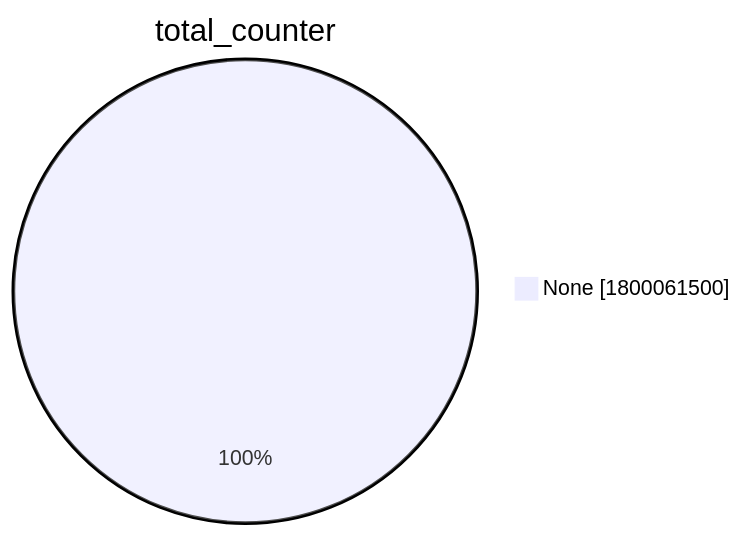
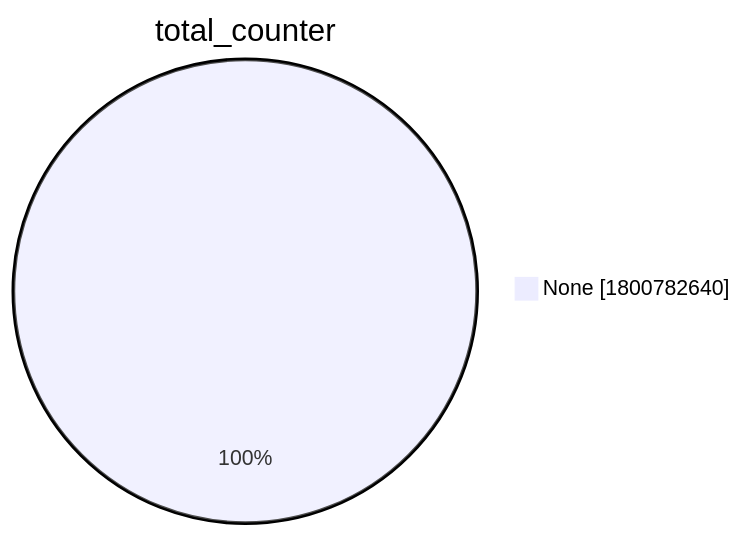
The second of 15 diagrams in xenon2022/README.md (christiankrug/ctmonitor_visualization), drawn with Mermaid before and after one commit. The commit also changed other lines of this file, not shown here.

````diff
--- a/xenon2022/README.md
+++ b/xenon2022/README.md
@@ -9,5 +9,5 @@
 ```mermaid
 pie showData
 title total_counter
-"None" :1800061500
+"None" :1800782640
 ```
````
